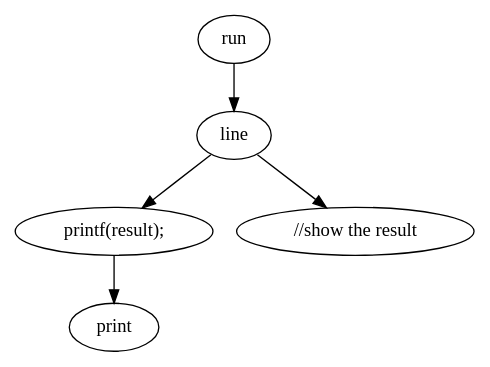
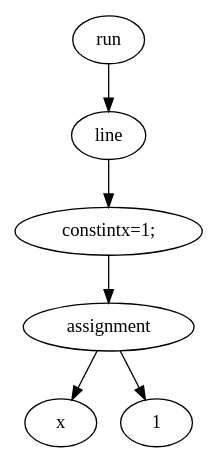
Before and after one commit to berkayeser/CompilersYenM: the diagram in ast.dot, drawn with Graphviz. The commit also changed 5 other files, not shown here.

```diff
--- a/ast.dot
+++ b/ast.dot
@@ -1,11 +1,13 @@
 digraph {
-	8786130458384 [label=run]
-	8786130458075 [label=line]
-	8786130458384 -> 8786130458075
-	8786130457913 [label="printf(result);"]
-	8786130458075 -> 8786130457913
-	8786130458258 [label=print]
-	8786130457913 -> 8786130458258
-	8786130458300 [label="//show the result"]
-	8786130458075 -> 8786130458300
+	8739036218483 [label=run]
+	8739036218405 [label=line]
+	8739036218483 -> 8739036218405
+	8739036218564 [label="constintx=1;"]
+	8739036218405 -> 8739036218564
+	8739036218576 [label=assignment]
+	8739036218564 -> 8739036218576
+	8739036218462 [label=x]
+	8739036218576 -> 8739036218462
+	8739036218648 [label=1]
+	8739036218576 -> 8739036218648
 }
```
